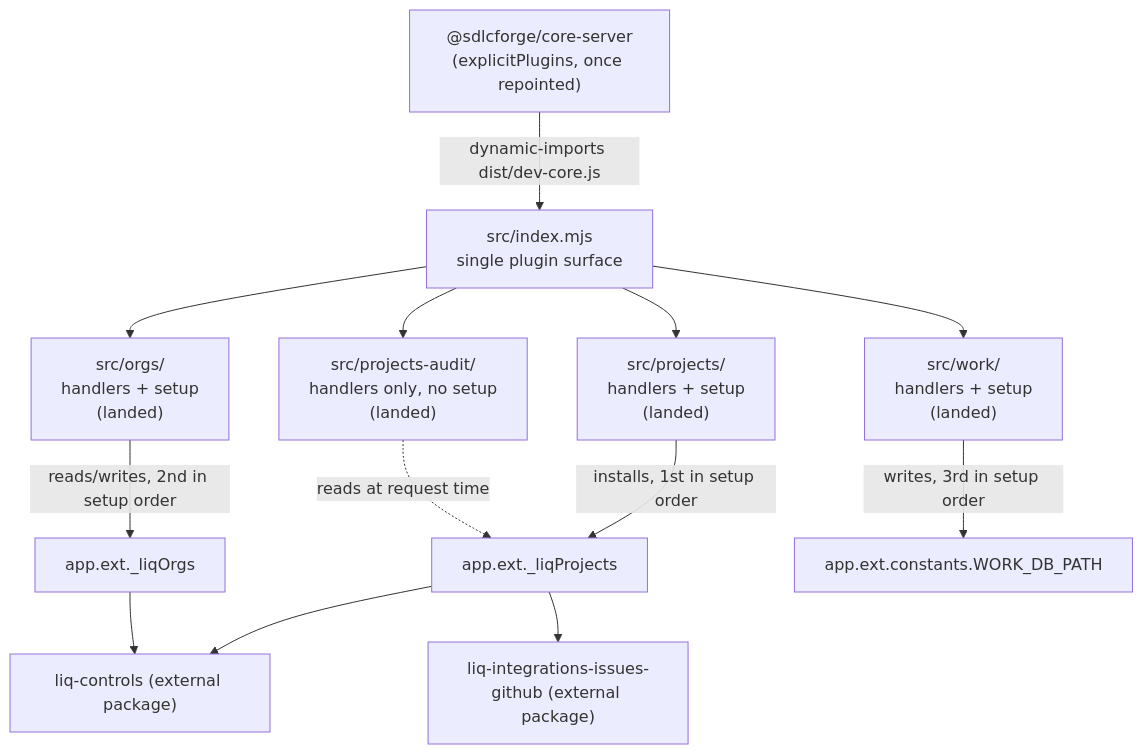
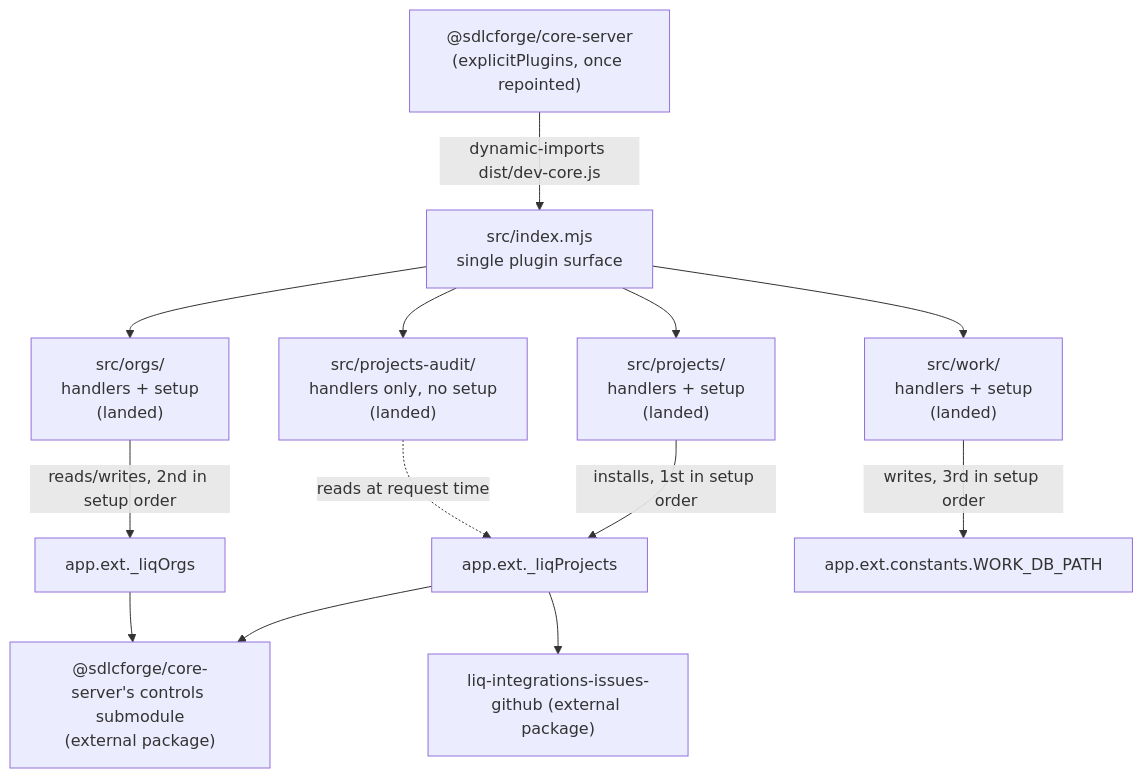
Before and after one commit to sdlcforge/core-server: the first of 2 diagrams in docs/architecture.md, drawn with Mermaid. The commit also changed other lines of this file and 1 other file, not shown here.

Commit message:
implement phase-02 task-01: correct architecture.md's app.ext._liqOrgs/_liqProjects read-by attributions and diagram after Phase 01 orgs remediation

````diff
--- a/docs/architecture.md
+++ b/docs/architecture.md
@@ -15,18 +15,18 @@
 ```mermaid
 graph TD
     CoreServer["@sdlcforge/core-server<br/>(explicitPlugins, once repointed)"] -->|dynamic-imports dist/dev-core.js| Aggregator["src/index.mjs<br/>single plugin surface"]
 
     Aggregator --> Projects["src/projects/<br/>handlers + setup<br/>(landed)"]
     Aggregator --> Orgs["src/orgs/<br/>handlers + setup<br/>(landed)"]
     Aggregator --> Work["src/work/<br/>handlers + setup<br/>(landed)"]
     Aggregator --> ProjectsAudit["src/projects-audit/<br/>handlers only, no setup<br/>(landed)"]
 
     Projects -->|installs, 1st in setup order| LiqProjects["app.ext._liqProjects"]
     Orgs -->|reads/writes, 2nd in setup order| LiqOrgs["app.ext._liqOrgs"]
     Work -->|writes, 3rd in setup order| WorkDbPath["app.ext.constants.WORK_DB_PATH"]
     ProjectsAudit -.->|reads at request time| LiqProjects
 
-    LiqProjects --> LiqControlsExt["liq-controls (external package)"]
-    LiqOrgs --> LiqControlsExt
+    LiqProjects --> CoreServerControls["@sdlcforge/core-server's controls submodule<br/>(external package)"]
+    LiqOrgs --> CoreServerControls
     LiqProjects --> LiqIntegrationsExt["liq-integrations-issues-github (external package)"]
 ```
````
